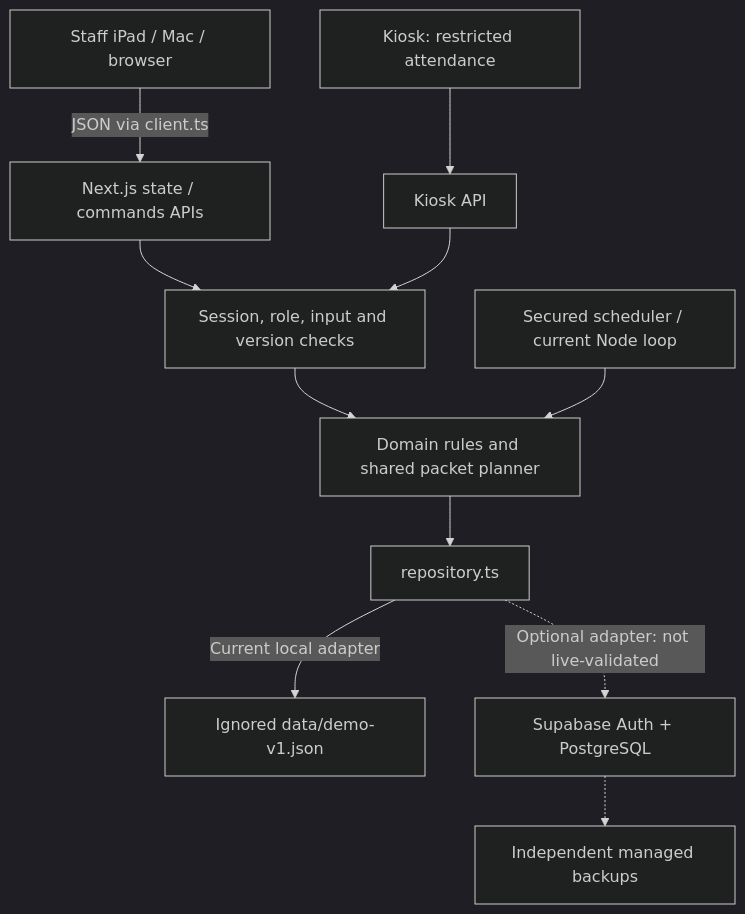
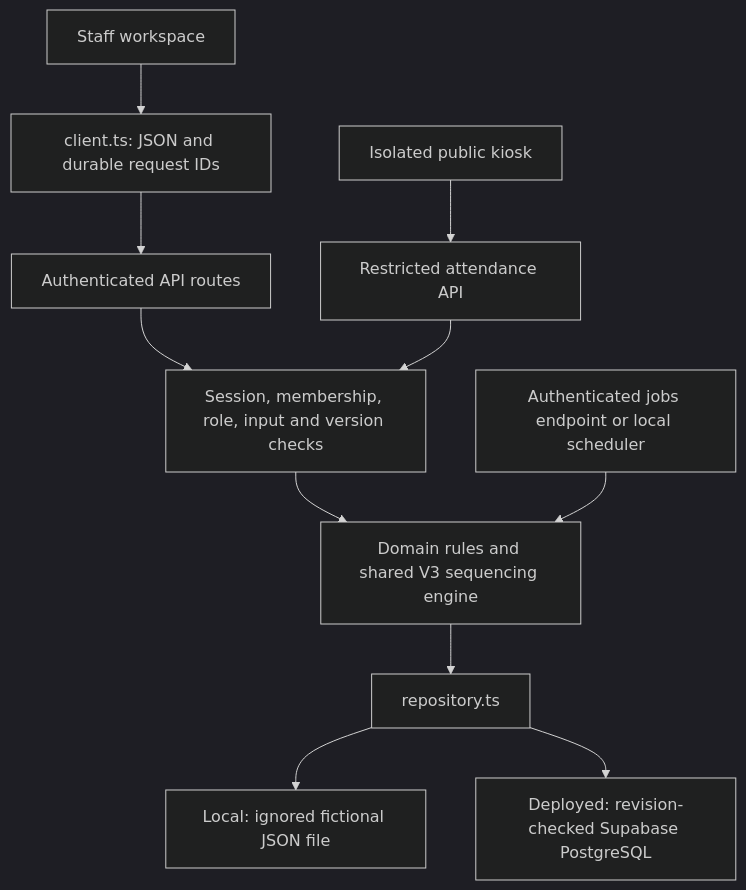
One commit to isaiascampiz/arithmetica changed the diagram in docs/architecture.md. Above: the diagram before and after it, drawn with Mermaid (dark theme). The commit also changed other lines of this file and 250 other files, not shown here.

Commit message:
Refactor Arithmetica features and prepare public repository

````diff
--- a/docs/architecture.md
+++ b/docs/architecture.md
@@ -31,13 +5,13 @@
 ```mermaid
 flowchart TD
-  UI[Staff iPad / Mac / browser] -->|JSON via client.ts| API[Next.js state / commands APIs]
-  K[Kiosk: restricted attendance] --> KA[Kiosk API]
-  API --> AUTH[Session, role, input and version checks]
-  KA --> AUTH
-  AUTH --> RULES[Domain rules and shared packet planner]
-  RULES --> REPO[repository.ts]
-  REPO -->|Current local adapter| FILE[Ignored data/demo-v1.json]
-  REPO -.->|Optional adapter: not live-validated| DB[Supabase Auth + PostgreSQL]
-  JOBS[Secured scheduler / current Node loop] --> RULES
-  DB -.-> BACKUP[Independent managed backups]
+  Staff[Staff workspace] --> Client[client.ts: JSON and durable request IDs]
+  Client --> API[Authenticated API routes]
+  Kiosk[Isolated public kiosk] --> Reception[Restricted attendance API]
+  API --> Auth[Session, membership, role, input and version checks]
+  Reception --> Auth
+  Auth --> Domain[Domain rules and shared V3 sequencing engine]
+  Domain --> Repository[repository.ts]
+  Repository --> Local[Local: ignored fictional JSON file]
+  Repository --> Cloud[Deployed: revision-checked Supabase PostgreSQL]
+  Jobs[Authenticated jobs endpoint or local scheduler] --> Domain
 ```
````
